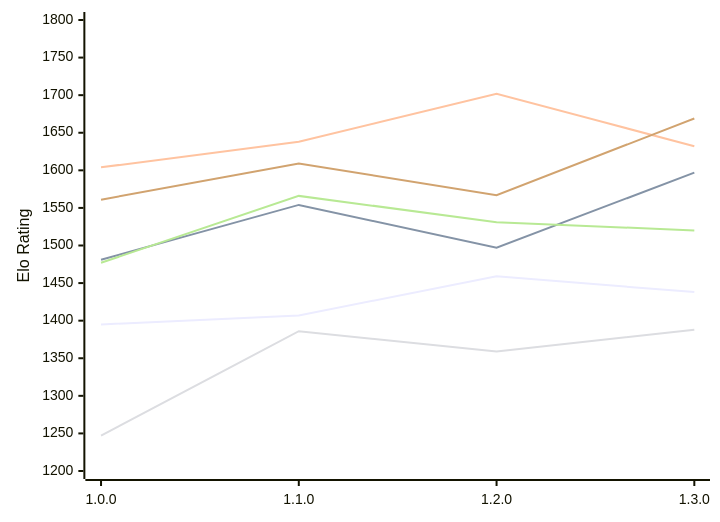
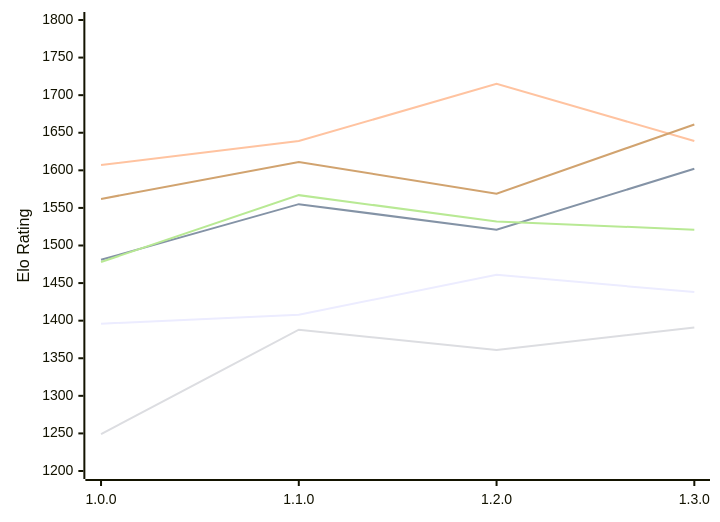
Before and after one commit to computer-chess-index/cci: the diagram in engines/Klak.md, drawn with Mermaid. The commit also changed other lines of this file, not shown here.

Commit message:
Update CCI Ratings (ELO VLTC) - 2026-11-24

````diff
--- a/engines/Klak.md
+++ b/engines/Klak.md
@@ -53,12 +53,12 @@
 ```mermaid
 %%{init: {"theme":"base","themeVariables":{"seriesColors:['#a3a3a3','#222221','#faa371']}}}%%
 xychart-beta
   x-axis ["1.0.0", "1.1.0", "1.2.0", "1.3.0"]
   y-axis "Elo Rating" 1200 --> 1800
-  line "E1: STC (8.0+0.08s)" [1395, 1407, 1459, 1438]
-  line "E1: LTC (60.0+0.60s)" [1481, 1554, 1497, 1597]
-  line "E1: VLTC (2m24s+1.12s)" [1604, 1638, 1702, 1632]
-  line "P1: STC (8.0+0.08s)" [1247, 1386, 1359, 1388]
-  line "P1: LTC (60.0+0.60s)" [1477, 1566, 1531, 1520]
-  line "P1: VLTC (2m24s+1.12s)" [1561, 1609, 1567, 1669]
+  line "E1: STC (8.0+0.08s)" [1396, 1408, 1461, 1438]
+  line "E1: LTC (60.0+0.60s)" [1481, 1555, 1521, 1602]
+  line "E1: VLTC (2m24s+1.12s)" [1607, 1639, 1715, 1639]
+  line "P1: STC (8.0+0.08s)" [1249, 1388, 1361, 1391]
+  line "P1: LTC (60.0+0.60s)" [1478, 1567, 1532, 1521]
+  line "P1: VLTC (2m24s+1.12s)" [1562, 1611, 1569, 1661]
 ```
````
